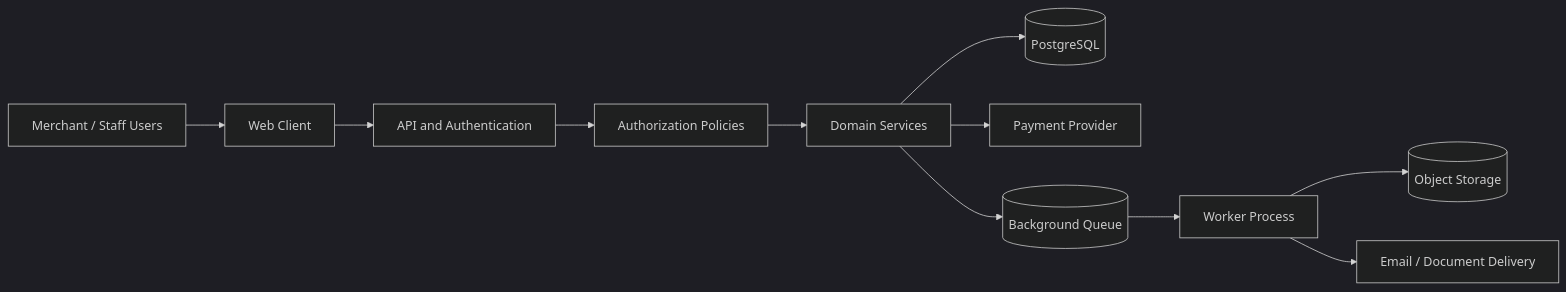
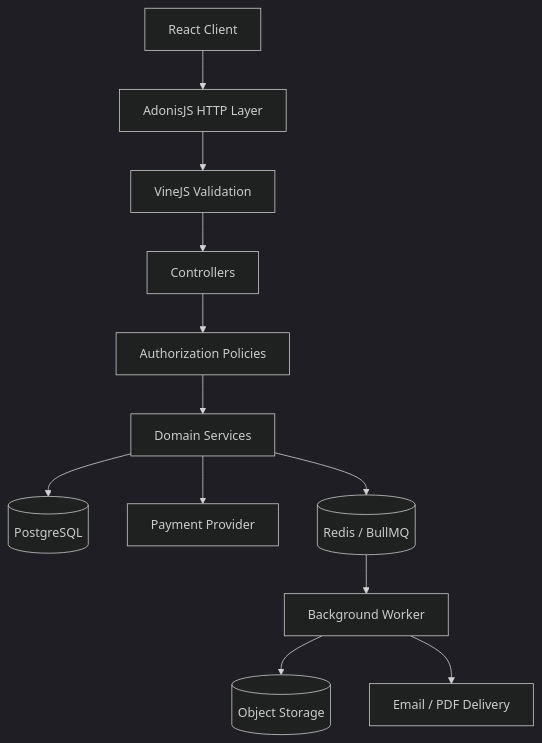
The diagram in diagrams/system-context.mmd (Nawaz393/enterprise-retail-saas-architecture), drawn with Mermaid (dark theme) before and after one commit. The commit also changed 21 other files, not shown here.

First line of the commit message:
Refactor documentation and diagrams for clarity and accuracy

```diff
--- a/diagrams/system-context.mmd
+++ b/diagrams/system-context.mmd
@@ -1,11 +1,12 @@
-flowchart LR
-    U[Merchant / Staff Users] --> WEB[Web Client]
-    WEB --> API[API and Authentication]
-    API --> AUTH[Authorization Policies]
-    AUTH --> DOM[Domain Services]
-    DOM --> DB[(PostgreSQL)]
-    DOM --> PAY[Payment Provider]
-    DOM --> Q[(Background Queue)]
-    Q --> WORK[Worker Process]
-    WORK --> OBJ[(Object Storage)]
-    WORK --> N[Email / Document Delivery]
+flowchart TB
+    CLIENT[React Client] --> HTTP[AdonisJS HTTP Layer]
+    HTTP --> VALIDATE[VineJS Validation]
+    VALIDATE --> CTRL[Controllers]
+    CTRL --> POLICY[Authorization Policies]
+    POLICY --> DOMAIN[Domain Services]
+    DOMAIN --> PG[(PostgreSQL)]
+    DOMAIN --> PAY[Payment Provider]
+    DOMAIN --> REDIS[(Redis / BullMQ)]
+    REDIS --> WORKER[Background Worker]
+    WORKER --> S3[(Object Storage)]
+    WORKER --> EMAIL[Email / PDF Delivery]
```
